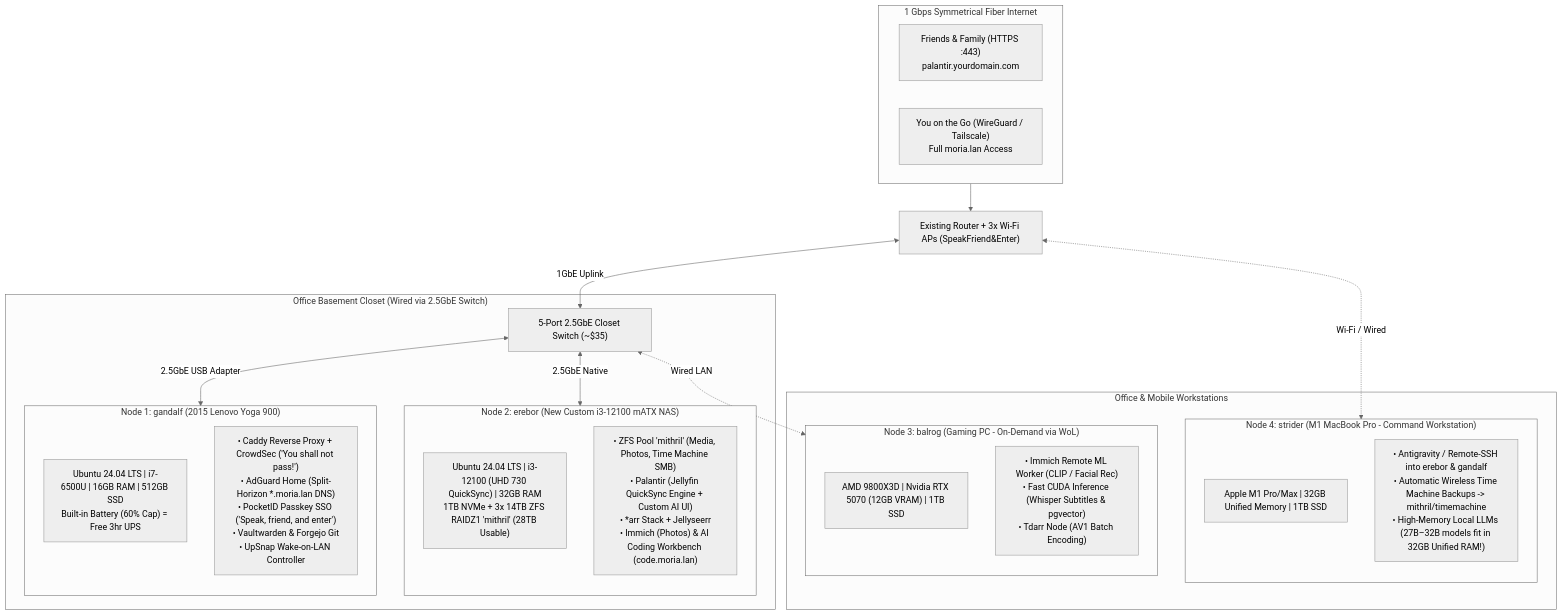
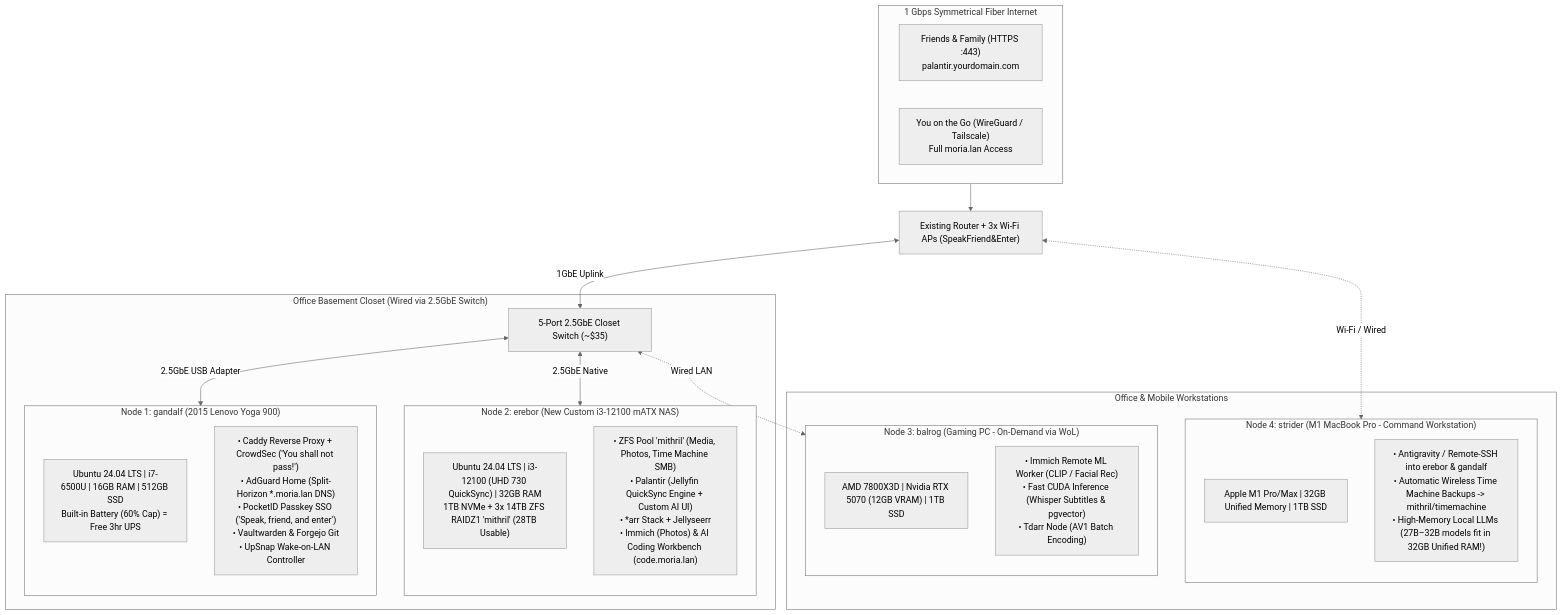
Before and after one commit to RichardOlpin/moria-homelab: the first of 5 diagrams in docs/ARCHITECTURE.md, drawn with Mermaid (neutral theme). The commit also changed other lines of this file and 8 other files, not shown here.

````diff
--- a/docs/ARCHITECTURE.md
+++ b/docs/ARCHITECTURE.md
@@ -7,46 +7,46 @@
 ```mermaid
 flowchart TB
     subgraph Internet["1 Gbps Symmetrical Fiber Internet"]
         Public["Friends & Family (HTTPS :443)<br/>palantir.yourdomain.com"]
         Admin["You on the Go (WireGuard / Tailscale)<br/>Full moria.lan Access"]
     end
 
     Router["Existing Router + 3x Wi-Fi APs (SpeakFriend&Enter)"]
     Internet --> Router
 
     subgraph Closet["Office Basement Closet (Wired via 2.5GbE Switch)"]
         Switch["5-Port 2.5GbE Closet Switch (~$35)"]
         
         subgraph Yoga["Node 1: gandalf (2015 Lenovo Yoga 900)"]
             direction TB
             YSpecs["Ubuntu 24.04 LTS | i7-6500U | 16GB RAM | 512GB SSD<br/>Built-in Battery (60% Cap) = Free 3hr UPS"]
             YApps["• Caddy Reverse Proxy + CrowdSec ('You shall not pass!')<br/>• AdGuard Home (Split-Horizon *.moria.lan DNS)<br/>• PocketID Passkey SSO ('Speak, friend, and enter')<br/>• Vaultwarden & Forgejo Git<br/>• UpSnap Wake-on-LAN Controller"]
         end
 
         subgraph NAS["Node 2: erebor (New Custom i3-12100 mATX NAS)"]
             direction TB
             NSpecs["Ubuntu 24.04 LTS | i3-12100 (UHD 730 QuickSync) | 32GB RAM<br/>1TB NVMe + 3x 14TB ZFS RAIDZ1 'mithril' (28TB Usable)"]
             NApps["• ZFS Pool 'mithril' (Media, Photos, Time Machine SMB)<br/>• Palantir (Jellyfin QuickSync Engine + Custom AI UI)<br/>• *arr Stack + Jellyseerr<br/>• Immich (Photos) & AI Coding Workbench (code.moria.lan)"]
         end
     end
 
     subgraph Office["Office & Mobile Workstations"]
         subgraph Gaming["Node 3: balrog (Gaming PC - On-Demand via WoL)"]
             direction TB
-            GSpecs["AMD 9800X3D | Nvidia RTX 5070 (12GB VRAM) | 1TB SSD"]
+            GSpecs["AMD 7800X3D | Nvidia RTX 5070 (12GB VRAM) | 1TB SSD"]
             GApps["• Immich Remote ML Worker (CLIP / Facial Rec)<br/>• Fast CUDA Inference (Whisper Subtitles & pgvector)<br/>• Tdarr Node (AV1 Batch Encoding)"]
         end
 
         subgraph MacBook["Node 4: strider (M1 MacBook Pro - Command Workstation)"]
             direction TB
             MSpecs["Apple M1 Pro/Max | 32GB Unified Memory | 1TB SSD"]
             MApps["• Antigravity / Remote-SSH into erebor & gandalf<br/>• Automatic Wireless Time Machine Backups -> mithril/timemachine<br/>• High-Memory Local LLMs (27B–32B models fit in 32GB Unified RAM!)"]
         end
     end
 
     Router <-->|1GbE Uplink| Switch
     Switch <-->|2.5GbE USB Adapter| Yoga
     Switch <-->|2.5GbE Native| NAS
     Switch <-.->|Wired LAN| Gaming
     Router <-.->|Wi-Fi / Wired| MacBook
 ```
````
